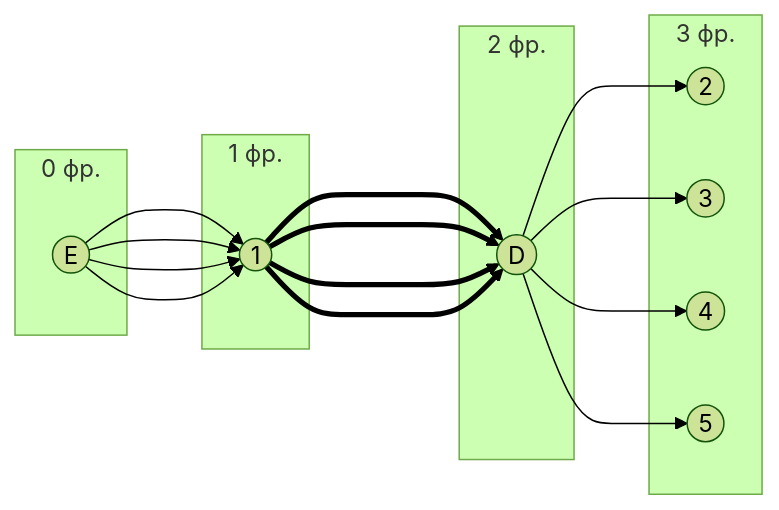
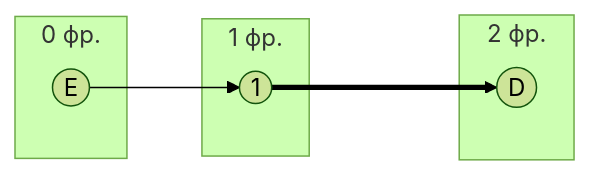
One commit to algos-ris-24-4/manual-tasks changed the fourth of 5 diagrams in Задание 8/krytie.md. Above: the diagram before and after it, drawn with Mermaid (forest theme). The commit also changed other lines of this file, not shown here.

````diff
--- a/Задание 8/krytie.md
+++ b/Задание 8/krytie.md
@@ -175,22 +139,14 @@
 ```mermaid
 graph LR
     subgraph " 0 фр."
         E((E))
     end
     subgraph " 1 фр."
         1((1))
     end
     subgraph " 2 фр."
         D((D))
     end
-    subgraph " 3 фр."
-        2((2))
-        3((3))
-        4((4))
-        5((5))
-    end
-    E --> 1 ===> D --> 2
-    E --> 1 ===> D --> 3
-    E --> 1 ===> D --> 4
-    E --> 1 ===> D --> 5
+    
+    E --> 1 ===> D
 ```
````
